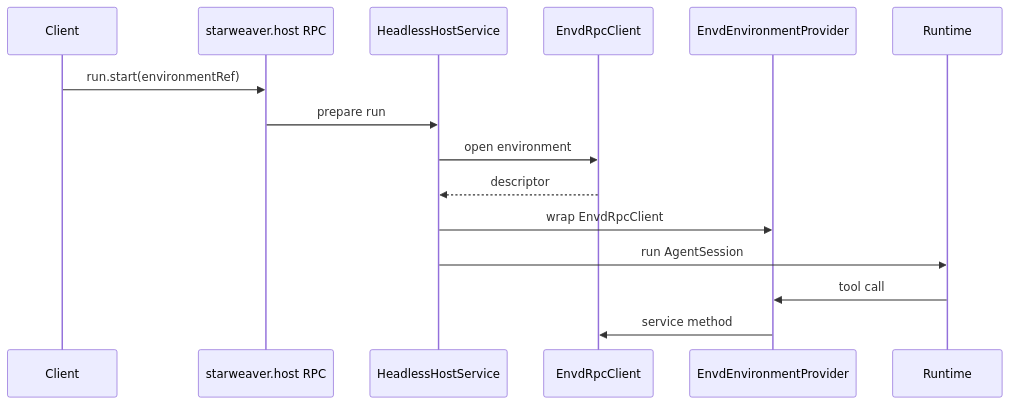
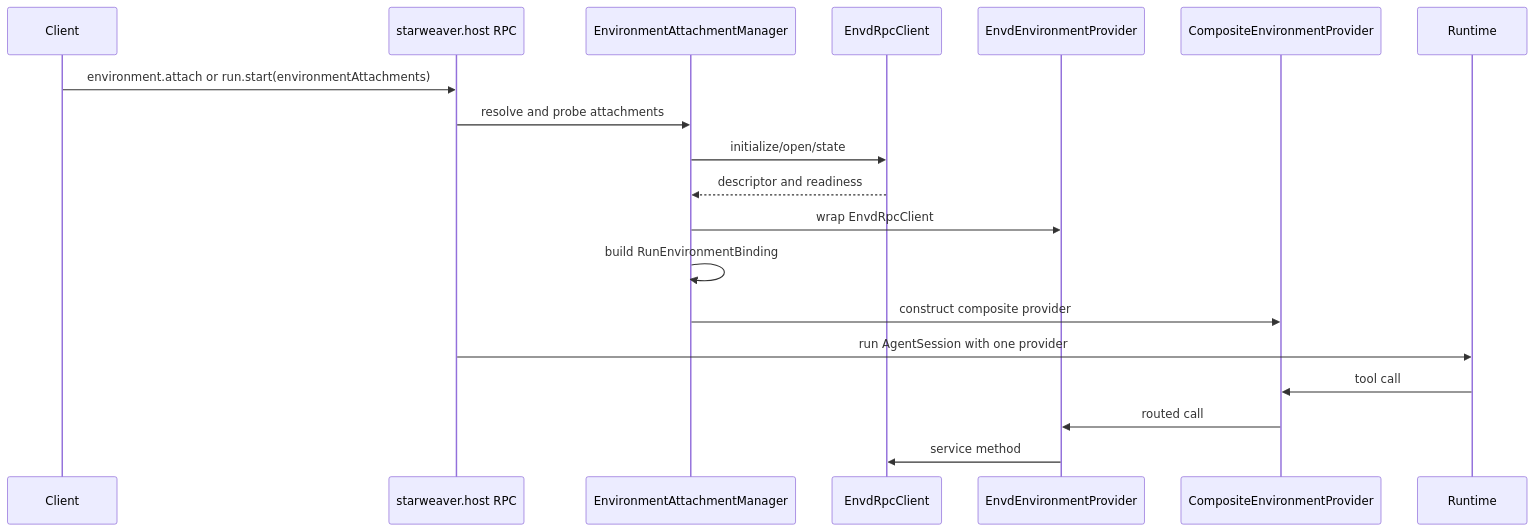
Before and after one commit to Wh1isper/starweaver: the sixth of 6 diagrams in spec/environment/02-tool-binding-and-envd-adapter.md, drawn with Mermaid. The commit also changed other lines of this file and 17 other files, not shown here.

First line of the commit message:
feat(rpc): add environment management protocol (#8)

````diff
--- a/spec/environment/02-tool-binding-and-envd-adapter.md
+++ b/spec/environment/02-tool-binding-and-envd-adapter.md
@@ -113,18 +257,22 @@
 ```mermaid
 sequenceDiagram
     participant Client
     participant HostRPC as starweaver.host RPC
-    participant Host as HeadlessHostService
+    participant Manager as EnvironmentAttachmentManager
     participant EnvdClient as EnvdRpcClient
     participant Provider as EnvdEnvironmentProvider
+    participant Composite as CompositeEnvironmentProvider
     participant Runtime
 
-    Client->>HostRPC: run.start(environmentRef)
-    HostRPC->>Host: prepare run
-    Host->>EnvdClient: open environment
-    EnvdClient-->>Host: descriptor
-    Host->>Provider: wrap EnvdRpcClient
-    Host->>Runtime: run AgentSession
-    Runtime->>Provider: tool call
+    Client->>HostRPC: environment.attach or run.start(environmentAttachments)
+    HostRPC->>Manager: resolve and probe attachments
+    Manager->>EnvdClient: initialize/open/state
+    EnvdClient-->>Manager: descriptor and readiness
+    Manager->>Provider: wrap EnvdRpcClient
+    Manager->>Manager: build RunEnvironmentBinding
+    Manager->>Composite: construct composite provider
+    HostRPC->>Runtime: run AgentSession with one provider
+    Runtime->>Composite: tool call
+    Composite->>Provider: routed call
     Provider->>EnvdClient: service method
 ```
````
